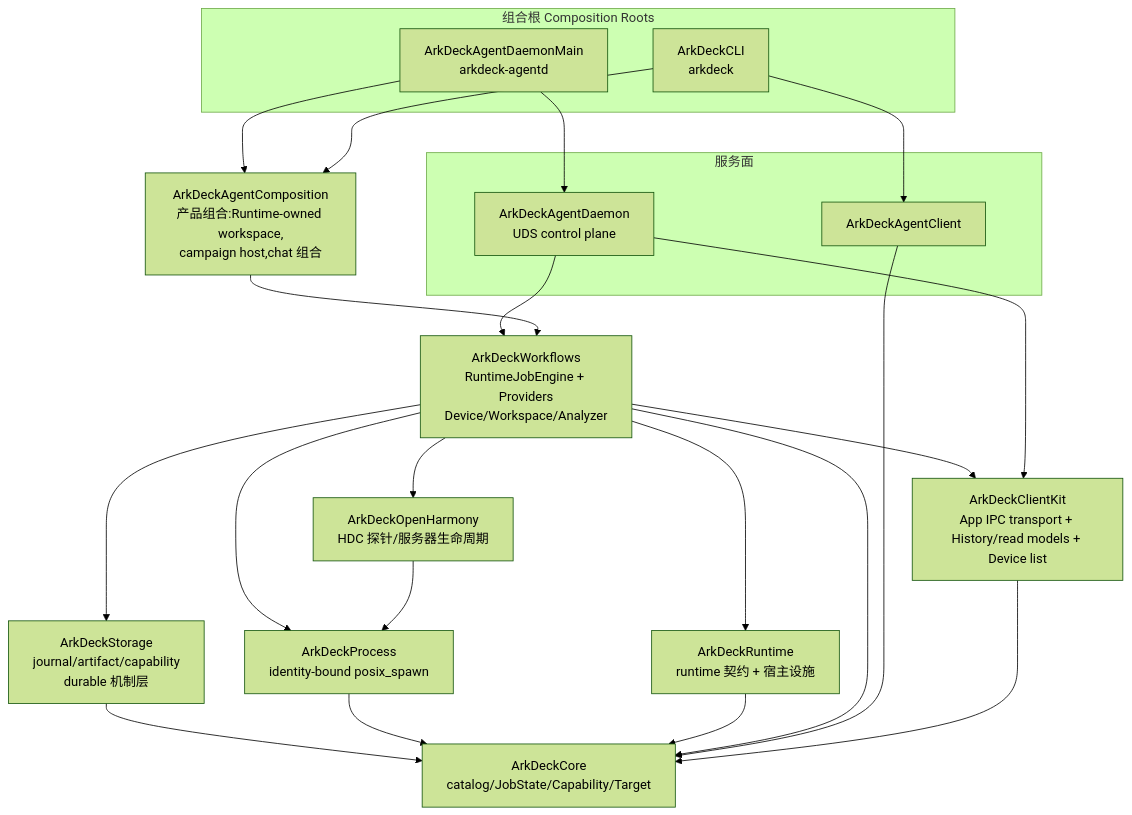
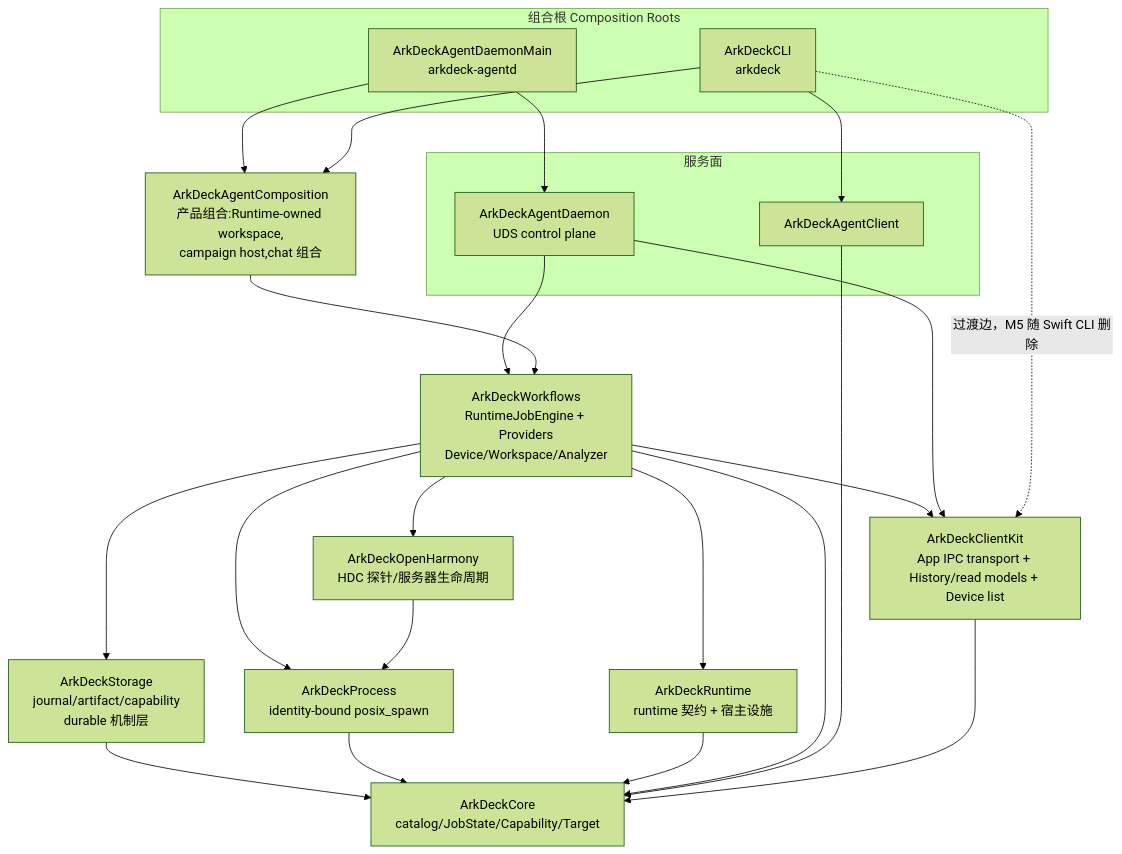
Before and after one commit to ArkDeck/ArkDeck: the diagram in docs/ArchitectureRules.md, drawn with Mermaid (forest theme). The commit also changed other lines of this file and 23 other files, not shown here.

First line of the commit message:
refactor(TASK-XPA-019): move the updater into ArkDeckClientKit, with the Swift CLI's transitional edge to it (#2054)

````diff
--- a/docs/ArchitectureRules.md
+++ b/docs/ArchitectureRules.md
@@ -24,38 +24,39 @@
 ```mermaid
 graph TD
     subgraph 组合根 Composition Roots
         DMAIN[ArkDeckAgentDaemonMain<br/>arkdeck-agentd]
         CLI[ArkDeckCLI<br/>arkdeck]
     end
     subgraph 服务面
         DAEMON[ArkDeckAgentDaemon<br/>UDS control plane]
         CLIENT[ArkDeckAgentClient]
     end
     COMP[ArkDeckAgentComposition<br/>产品组合:Runtime-owned workspace,<br/>campaign host,chat 组合]
     WORKFLOWS[ArkDeckWorkflows<br/>RuntimeJobEngine + Providers<br/>Device/Workspace/Analyzer]
     STORAGE[ArkDeckStorage<br/>journal/artifact/capability<br/>durable 机制层]
     OH[ArkDeckOpenHarmony<br/>HDC 探针/服务器生命周期]
     PROC[ArkDeckProcess<br/>identity-bound posix_spawn]
     RT[ArkDeckRuntime<br/>runtime 契约 + 宿主设施]
     CORE[ArkDeckCore<br/>catalog/JobState/Capability/Target]
 
     DMAIN --> DAEMON
     DMAIN --> COMP
     CLI --> COMP
     CLI --> CLIENT
     DAEMON --> WORKFLOWS
     COMP --> WORKFLOWS
     WORKFLOWS --> OH
     WORKFLOWS --> STORAGE
     WORKFLOWS --> PROC
     WORKFLOWS --> RT
     OH --> PROC
     STORAGE --> CORE
     PROC --> CORE
     RT --> CORE
     WORKFLOWS --> CORE
     CLIENT --> CORE
     CLIENTKIT[ArkDeckClientKit<br/>App IPC transport + History/read models + Device list] --> CORE
     WORKFLOWS --> CLIENTKIT
     DAEMON --> CLIENTKIT
+    CLI -.->|过渡边，M5 随 Swift CLI 删除| CLIENTKIT
 ```
````
